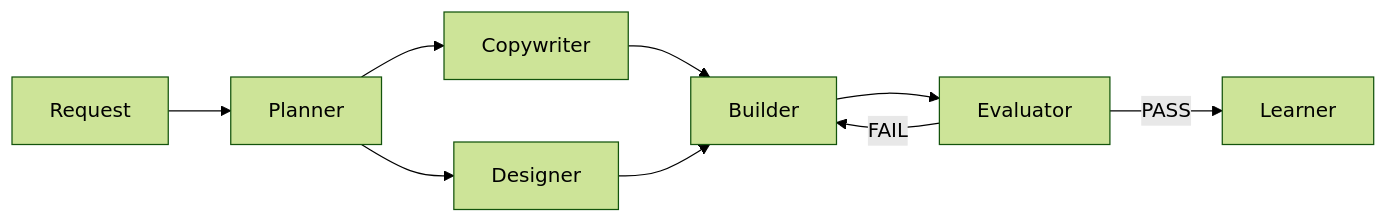
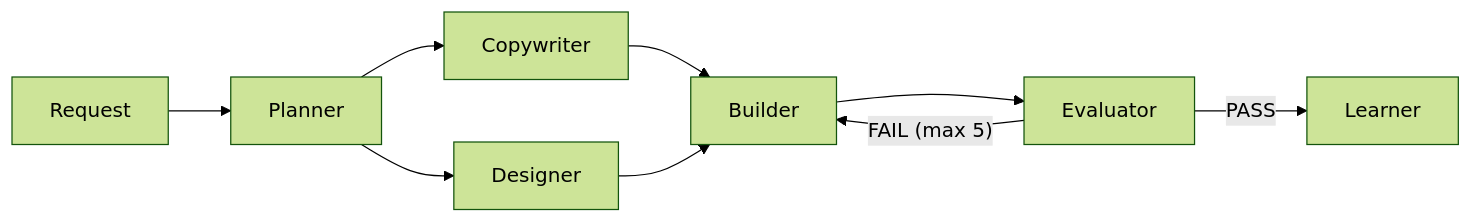
The seventh of 7 diagrams in README.md (modu-ai/moai-adk), drawn with Mermaid (forest theme) before and after one commit. The commit also changed other lines of this file and 3 other files, not shown here.

````diff
--- a/README.md
+++ b/README.md
@@ -879,11 +879,11 @@
 ```mermaid
 flowchart LR
     REQ[Request] --> P[Planner]
     P --> C[Copywriter]
     P --> D[Designer]
     C --> B[Builder]
     D --> B
     B --> E[Evaluator]
-    E -->|FAIL| B
+    E -->|"FAIL (max 5)"| B
     E -->|PASS| L[Learner]
 ```
````
